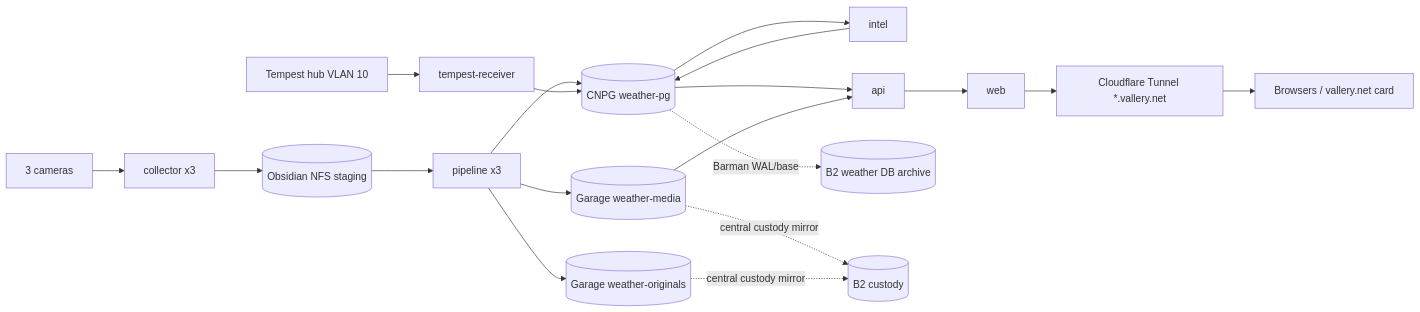
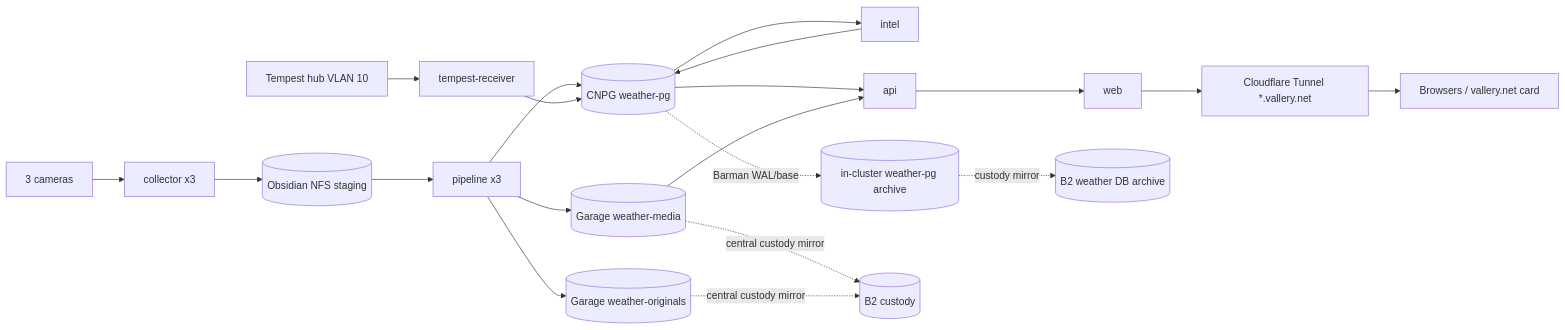
One commit to jvallery/weather changed the diagram in docs/architecture.md. Above: the diagram before and after it, drawn with Mermaid. The commit also changed other lines of this file and 160 other files, not shown here.

````diff
--- a/docs/architecture.md
+++ b/docs/architecture.md
@@ -39,14 +39,14 @@
 ```mermaid
 flowchart LR
   CAM[3 cameras] --> COL[collector x3] --> NFS[(Obsidian NFS staging)]
   NFS --> PIPE[pipeline x3] --> GM[(Garage weather-media)]
   PIPE --> GO[(Garage weather-originals)]
   PIPE --> DB[(CNPG weather-pg)]
   HUB[Tempest hub VLAN 10] --> RX[tempest-receiver] --> DB
   DB --> INT[intel] --> DB
   DB --> API[api] --> WEB[web] --> CF[Cloudflare Tunnel *.vallery.net] --> U[Browsers / vallery.net card]
   GM --> API
-  DB -. Barman WAL/base .-> B2[(B2 weather DB archive)]
+  DB -. Barman WAL/base .-> LOC[(in-cluster weather-pg archive)] -. custody mirror .-> B2[(B2 weather DB archive)]
   GM -. central custody mirror .-> B2M[(B2 custody)]
   GO -. central custody mirror .-> B2M
 ```
````
